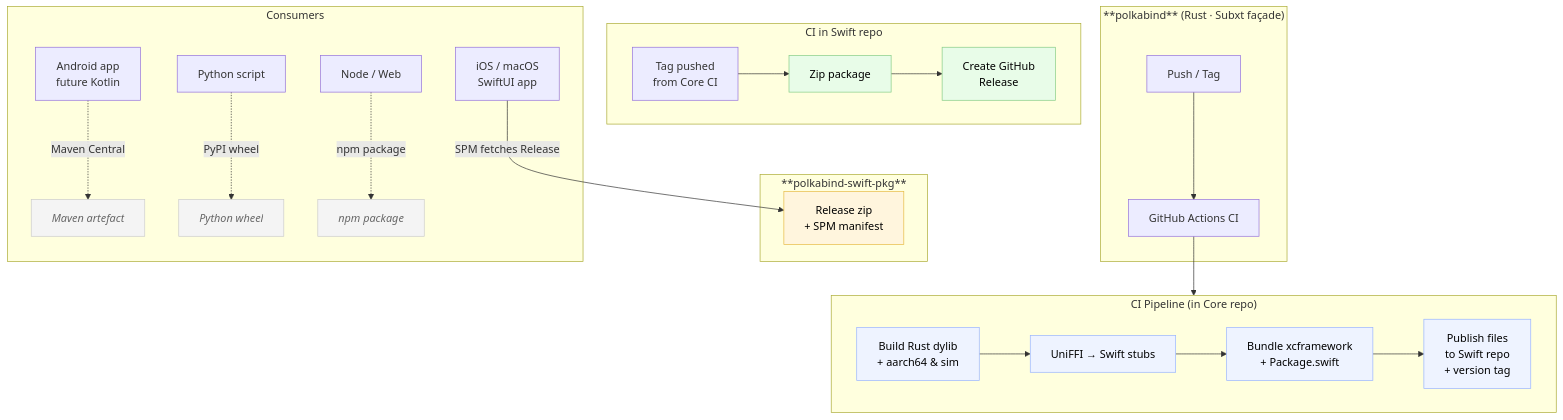
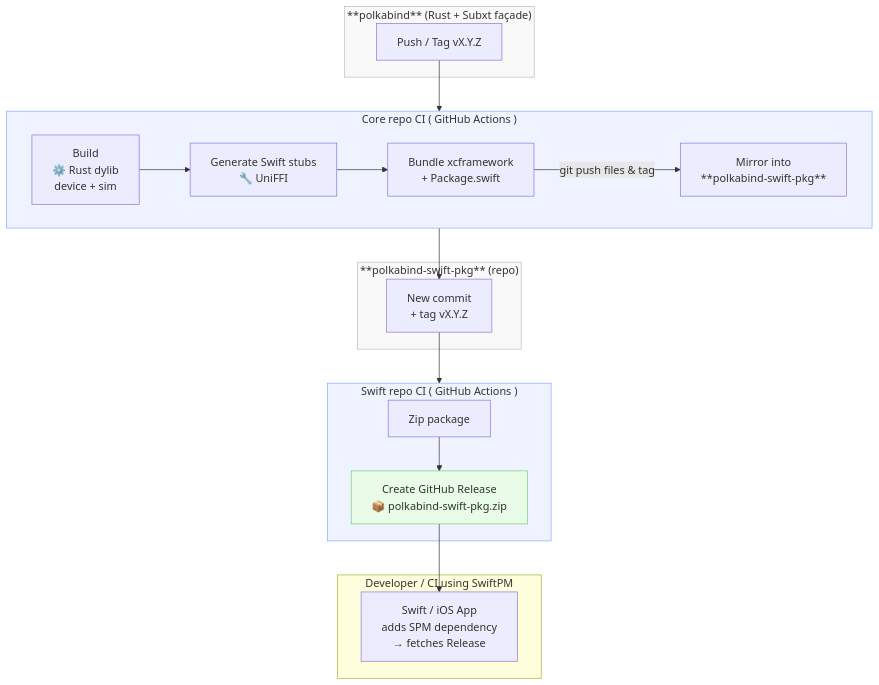
Before and after one commit to wassimans/polkabind: the diagram in README.md, drawn with Mermaid.

Commit message:
Fix mermaid flowchart.

````diff
--- a/README.md
+++ b/README.md
@@ -35,55 +37,47 @@
 ```mermaid
 flowchart TD
-  %% -----------------------------------------------------------
-  %%  Repositories
-  %% -----------------------------------------------------------
-  subgraph CoreRepo["**polkabind** (Rust · Subxt façade)"]
-    A1[Push / Tag] --> CI[ GitHub Actions CI ]
+  %% ──────────────────────────────────────────────
+  %%  Repositories (left-to-right data flow)
+  %% ──────────────────────────────────────────────
+  subgraph CORE["**polkabind**  (Rust + Subxt façade)"]
+    A[Push / Tag vX.Y.Z]
   end
 
-  subgraph SwiftRepo["**polkabind-swift-pkg**"]
-    P1[Release&nbsp;zip<br/>+ SPM manifest]:::asset
+  subgraph CORE_CI["Core repo CI  ( GitHub Actions )"]
+    direction LR
+    B1[Build<br/>⚙️ Rust dylib<br/> device + sim] --> B2[Generate Swift stubs<br/>🔧 UniFFI]
+    B2 --> B3[Bundle xcframework<br/>+ Package.swift]
+    B3 -->|git push files & tag| B4[Mirror into<br/>**polkabind-swift-pkg**]
   end
 
-  classDef asset fill:#fff5dd,stroke:#e6ba42,color:#000;
-
-  %% -----------------------------------------------------------
-  %%  Core CI stages
-  %% -----------------------------------------------------------
-  subgraph CorePipeline["CI Pipeline (in Core repo)"]
-    direction LR
-    CI --> B1[Build Rust dylib<br/> + aarch64 & sim]:::ci
-    B1 --> B2[UniFFI → Swift stubs]:::ci
-    B2 --> B3[Bundle xcframework<br/>+ Package.swift]:::ci
-    B3 --> B4[Publish files<br/>to Swift repo<br/>+ version tag]:::ci
+  subgraph SWIFT_REPO["**polkabind-swift-pkg**  (repo)"]
+    C[New commit<br/>+ tag vX.Y.Z]
   end
 
-  classDef ci fill:#eef3ff,stroke:#97b3ff,color:#000;
-
-  %% -----------------------------------------------------------
-  %%  Swift Repo CI
-  %% -----------------------------------------------------------
-  subgraph SwiftPipeline["CI in Swift repo"]
-    direction LR
-    PR1[Tag pushed<br/>from Core CI] --> SR1[Zip package]:::ci2
-    SR1 --> SR2[Create GitHub<br/>Release]:::ci2
+  subgraph SWIFT_CI["Swift repo CI  ( GitHub Actions )"]
+    D1[Zip package] --> D2[Create GitHub Release<br/>📦 polkabind-swift-pkg.zip]
   end
 
-  classDef ci2 fill:#e8fce8,stroke:#84cc84,color:#000;
-
-  %% -----------------------------------------------------------
-  %%  Consumers
-  %% -----------------------------------------------------------
-  subgraph Consumers
-    IOS[iOS / macOS<br/>SwiftUI app] -->|SPM fetches Release| P1
-    AND[Android app<br/> future Kotlin] -.->|Maven Central| D2
-    PY[Python script] -.->|PyPI wheel| D3
-    JS[Node / Web] -.->|npm package| D4
+  subgraph CONSUMER["Developer / CI using SwiftPM"]
+    E[Swift / iOS App<br/>adds SPM dependency<br/>→ fetches Release]
   end
 
-  %% grey boxes for future lanes
-  D2[Maven artefact]:::future
-  D3[Python wheel]:::future
-  D4[npm package]:::future
-  classDef future fill:#f4f4f4,stroke:#ccc,color:#666,font-style:italic;
+  %% ──────────────────────────────────────────────
+  %%  Link everything
+  %% ──────────────────────────────────────────────
+  A --> CORE_CI
+  B4 --> C
+  C --> SWIFT_CI
+  D2 --> E
+
+  %% ──────────────────────────────────────────────
+  %%  Styling helpers
+  %% ──────────────────────────────────────────────
+  classDef repo      fill:#f9f9f9,stroke:#bbb;
+  classDef pipeline  fill:#eef3ff,stroke:#87a9ff;
+  classDef release   fill:#e8fce8,stroke:#78c878;
+
+  class CORE,SWIFT_REPO repo
+  class CORE_CI,SWIFT_CI pipeline
+  class D2 release
   ```
````
